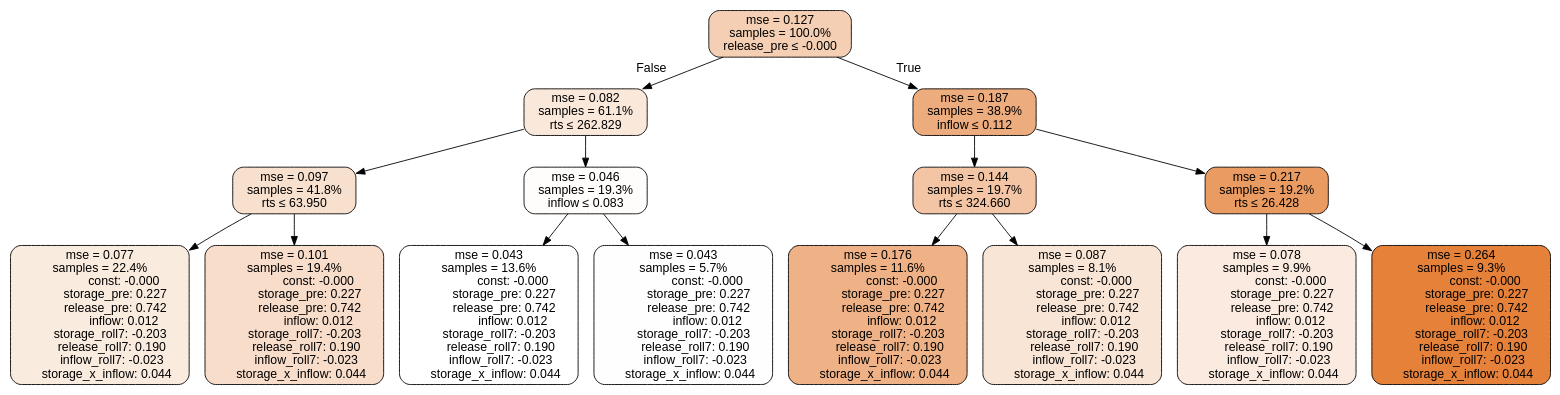
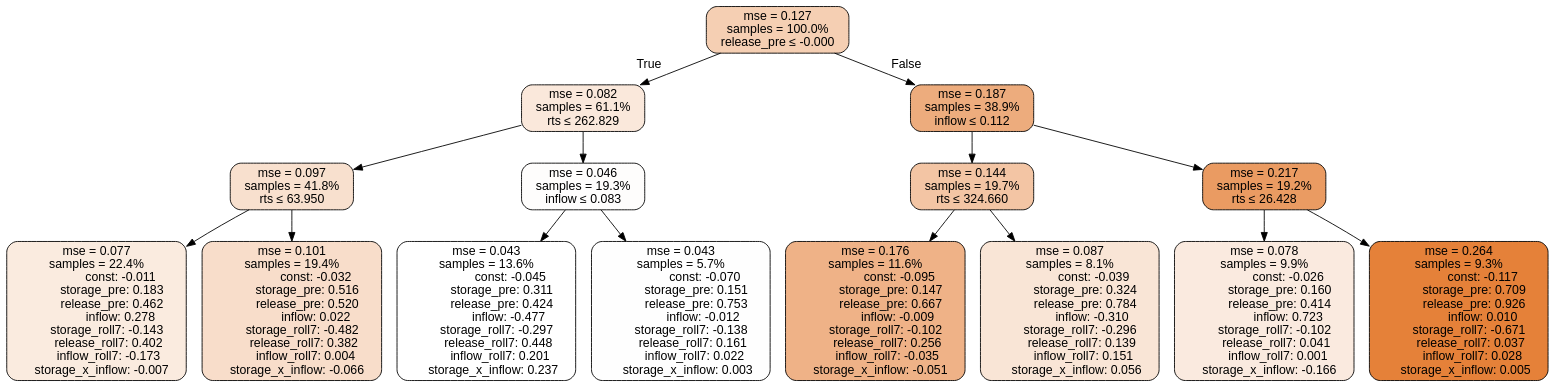
One commit to lcford2/predict-release changed the diagram in results/tclr_spatial_eval/all/TD3_RT_MS_0.75_733/tree.dot. Above: the diagram before and after it, drawn with Graphviz. The commit also changed 1999 other files, not shown here.

```diff
--- a/results/tclr_spatial_eval/all/TD3_RT_MS_0.75_733/tree.dot
+++ b/results/tclr_spatial_eval/all/TD3_RT_MS_0.75_733/tree.dot
@@ -1,120 +1,121 @@
 digraph tree {
+bgcolor="transparent"
 node [shape=rectangle, style="filled, rounded", color="black", fontname=helvetica] ;
 edge [fontname=helvetica] ;
 	"0" [label="mse = 0.127
 samples = 100.0%
 release_pre &le; -0.000", fillcolor="#f5cfb3"]
 	"1" [label="mse = 0.082
 samples = 61.1%
 rts &le; 262.829", fillcolor="#fae8db"]
 	"2" [label="mse = 0.097
 samples = 41.8%
 rts &le; 63.950", fillcolor="#f8e0ce"]
 	"3" [label="mse = 0.077
 samples = 22.4%
-               const: -0.000
-          storage_pre: 0.227
-          release_pre: 0.742
-               inflow: 0.012
-       storage_roll7: -0.203
-        release_roll7: 0.190
-        inflow_roll7: -0.023
-     storage_x_inflow: 0.044", fillcolor="#faebdf"]
+               const: -0.011
+          storage_pre: 0.183
+          release_pre: 0.462
+               inflow: 0.278
+       storage_roll7: -0.143
+        release_roll7: 0.402
+        inflow_roll7: -0.173
+    storage_x_inflow: -0.007", fillcolor="#faebdf"]
 	"4" [label="mse = 0.101
 samples = 19.4%
-               const: -0.000
-          storage_pre: 0.227
-          release_pre: 0.742
-               inflow: 0.012
-       storage_roll7: -0.203
-        release_roll7: 0.190
-        inflow_roll7: -0.023
-     storage_x_inflow: 0.044", fillcolor="#f8ddca"]
+               const: -0.032
+          storage_pre: 0.516
+          release_pre: 0.520
+               inflow: 0.022
+       storage_roll7: -0.482
+        release_roll7: 0.382
+         inflow_roll7: 0.004
+    storage_x_inflow: -0.066", fillcolor="#f8ddca"]
 	"5" [label="mse = 0.046
 samples = 19.3%
 inflow &le; 0.083", fillcolor="#fefdfc"]
 	"6" [label="mse = 0.043
 samples = 13.6%
-               const: -0.000
-          storage_pre: 0.227
-          release_pre: 0.742
-               inflow: 0.012
-       storage_roll7: -0.203
-        release_roll7: 0.190
-        inflow_roll7: -0.023
-     storage_x_inflow: 0.044", fillcolor="#ffffff"]
+               const: -0.045
+          storage_pre: 0.311
+          release_pre: 0.424
+              inflow: -0.477
+       storage_roll7: -0.297
+        release_roll7: 0.448
+         inflow_roll7: 0.201
+     storage_x_inflow: 0.237", fillcolor="#ffffff"]
 	"7" [label="mse = 0.043
 samples = 5.7%
-               const: -0.000
-          storage_pre: 0.227
-          release_pre: 0.742
-               inflow: 0.012
-       storage_roll7: -0.203
-        release_roll7: 0.190
-        inflow_roll7: -0.023
-     storage_x_inflow: 0.044", fillcolor="#fefefe"]
+               const: -0.070
+          storage_pre: 0.151
+          release_pre: 0.753
+              inflow: -0.012
+       storage_roll7: -0.138
+        release_roll7: 0.161
+         inflow_roll7: 0.022
+     storage_x_inflow: 0.003", fillcolor="#fefefe"]
 	"8" [label="mse = 0.187
 samples = 38.9%
 inflow &le; 0.112", fillcolor="#edac7d"]
 	"9" [label="mse = 0.144
 samples = 19.7%
 rts &le; 324.660", fillcolor="#f3c5a4"]
 	"10" [label="mse = 0.176
 samples = 11.6%
-               const: -0.000
-          storage_pre: 0.227
-          release_pre: 0.742
-               inflow: 0.012
-       storage_roll7: -0.203
-        release_roll7: 0.190
-        inflow_roll7: -0.023
-     storage_x_inflow: 0.044", fillcolor="#efb287"]
+               const: -0.095
+          storage_pre: 0.147
+          release_pre: 0.667
+              inflow: -0.009
+       storage_roll7: -0.102
+        release_roll7: 0.256
+        inflow_roll7: -0.035
+    storage_x_inflow: -0.051", fillcolor="#efb287"]
 	"11" [label="mse = 0.087
 samples = 8.1%
-               const: -0.000
-          storage_pre: 0.227
-          release_pre: 0.742
-               inflow: 0.012
-       storage_roll7: -0.203
-        release_roll7: 0.190
-        inflow_roll7: -0.023
-     storage_x_inflow: 0.044", fillcolor="#f9e5d6"]
+               const: -0.039
+          storage_pre: 0.324
+          release_pre: 0.784
+              inflow: -0.310
+       storage_roll7: -0.296
+        release_roll7: 0.139
+         inflow_roll7: 0.151
+     storage_x_inflow: 0.056", fillcolor="#f9e5d6"]
 	"12" [label="mse = 0.217
 samples = 19.2%
 rts &le; 26.428", fillcolor="#ea9b62"]
 	"13" [label="mse = 0.078
 samples = 9.9%
-               const: -0.000
-          storage_pre: 0.227
-          release_pre: 0.742
-               inflow: 0.012
-       storage_roll7: -0.203
-        release_roll7: 0.190
-        inflow_roll7: -0.023
-     storage_x_inflow: 0.044", fillcolor="#faeadf"]
+               const: -0.026
+          storage_pre: 0.160
+          release_pre: 0.414
+               inflow: 0.723
+       storage_roll7: -0.102
+        release_roll7: 0.041
+         inflow_roll7: 0.001
+    storage_x_inflow: -0.166", fillcolor="#faeadf"]
 	"14" [label="mse = 0.264
 samples = 9.3%
-               const: -0.000
-          storage_pre: 0.227
-          release_pre: 0.742
-               inflow: 0.012
-       storage_roll7: -0.203
-        release_roll7: 0.190
-        inflow_roll7: -0.023
-     storage_x_inflow: 0.044", fillcolor="#e58139"]
+               const: -0.117
+          storage_pre: 0.709
+          release_pre: 0.926
+               inflow: 0.010
+       storage_roll7: -0.671
+        release_roll7: 0.037
+         inflow_roll7: 0.028
+     storage_x_inflow: 0.005", fillcolor="#e58139"]
 
-	"0" -> "1" [labeldistance=2.5, labelangle=45, headlabel="False"]
+	"0" -> "1" [labeldistance=2.5, labelangle=45, headlabel="True"]
 	"1" -> "2"
 	"2" -> "3"
 	"2" -> "4"
 	"1" -> "5"
 	"5" -> "6"
 	"5" -> "7"
-	"0" -> "8" [labeldistance=2.5, labelangle=-45, headlabel="True"]
+	"0" -> "8" [labeldistance=2.5, labelangle=-45, headlabel="False"]
 	"8" -> "9"
 	"9" -> "10"
 	"9" -> "11"
 	"8" -> "12"
 	"12" -> "13"
 	"12" -> "14"
 }
```
